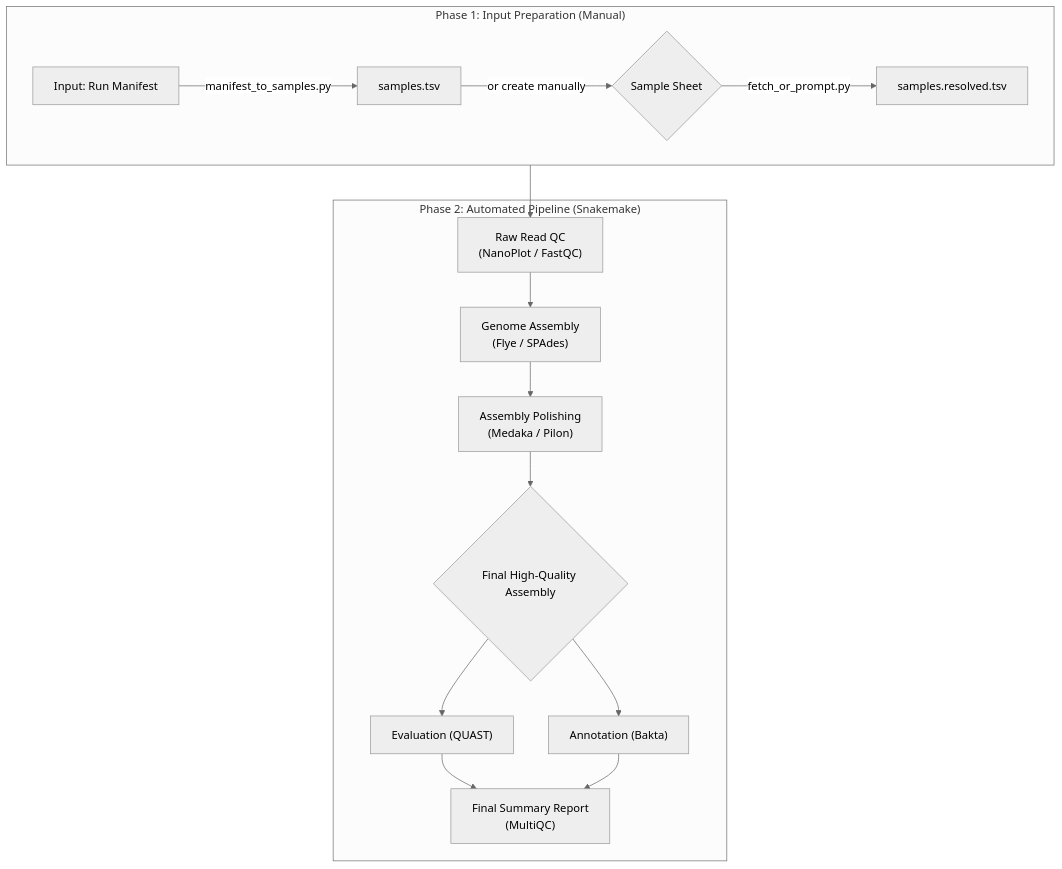
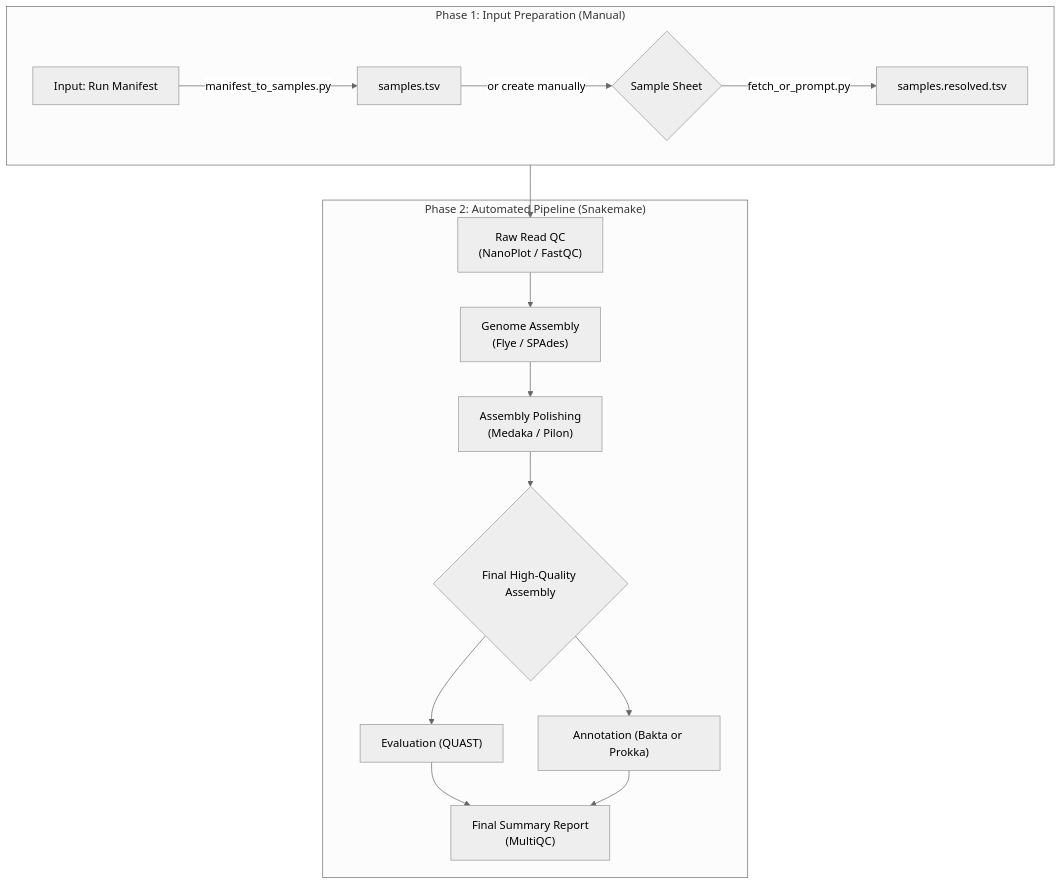
One commit to yukicyk/nanopore-bac-genome-assembly changed the diagram in README.md. Above: the diagram before and after it, drawn with Mermaid (neutral theme). The commit also changed 5 other files, not shown here.

````diff
--- a/README.md
+++ b/README.md
@@ -26,20 +26,20 @@
 ```mermaid
    flowchart TD
     subgraph "Phase 1: Input Preparation (Manual)"
         direction LR
         A["Input: Run Manifest"] --> |manifest_to_samples.py| B["samples.tsv"];
         B -- "or create manually" --> C{Sample Sheet};
         C --> |fetch_or_prompt.py| D["samples.resolved.tsv"];
     end
 
     subgraph "Phase 2: Automated Pipeline (Snakemake)"
         D --> E["Raw Read QC <br> (NanoPlot / FastQC)"];
         E --> F["Genome Assembly <br> (Flye / SPAdes)"];
         F --> G["Assembly Polishing <br> (Medaka / Pilon)"];
         G --> H{"Final High-Quality Assembly"};
         H --> I["Evaluation (QUAST)"];
-        H --> J["Annotation (Bakta)"];
+        H --> J["Annotation (Bakta or Prokka)"];
         I & J --> K["Final Summary Report <br> (MultiQC)"];
     end
 
 ```
````
